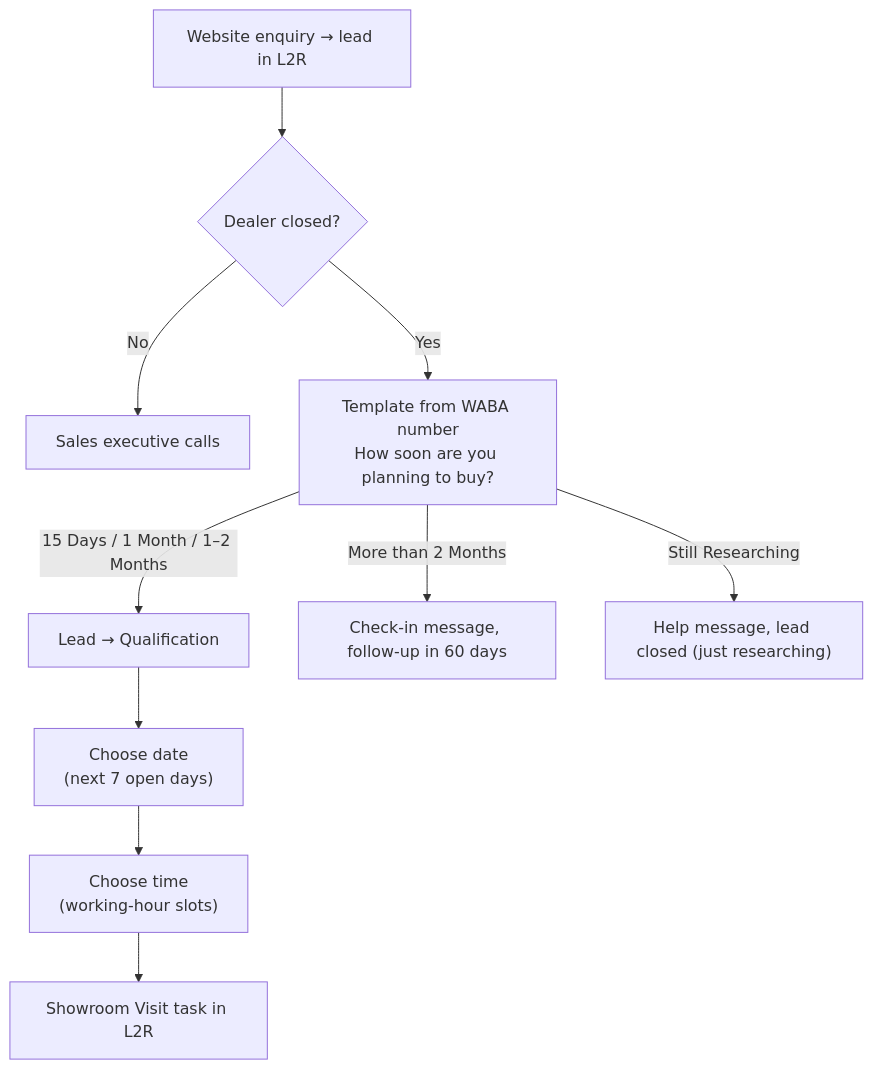
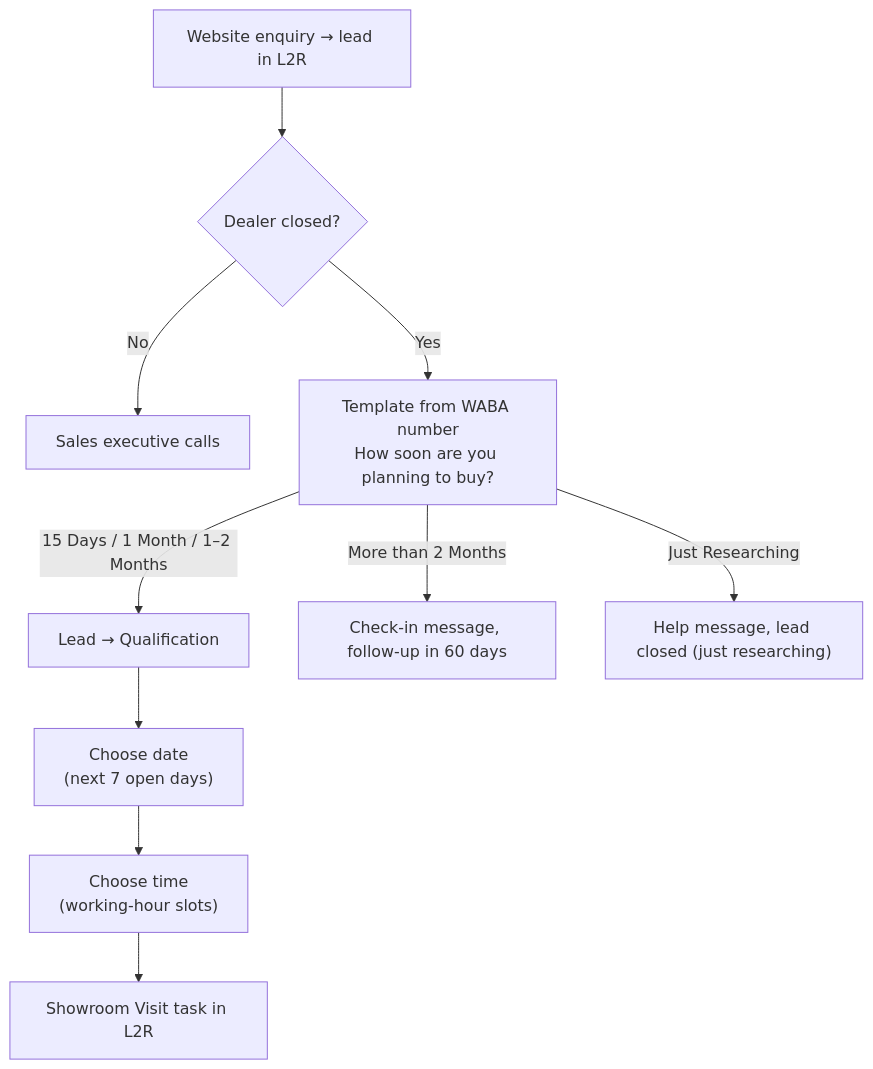
One commit to prakharagarwal2906-lab/nwh-whatsapp-lead-qualifier changed the diagram in README.md. Above: the diagram before and after it, drawn with Mermaid. The commit also changed other lines of this file and 6 other files, not shown here.

First line of the commit message:
Just Researching, closing message, closed status line

````diff
--- a/README.md
+++ b/README.md
@@ -107,9 +107,9 @@
 ```mermaid
 flowchart TD
   A["Website enquiry → lead in L2R"] --> B{"Dealer closed?"}
   B -- No --> Z["Sales executive calls"]
   B -- Yes --> C["Template from WABA number<br/>How soon are you planning to buy?"]
   C -- "15 Days / 1 Month / 1–2 Months" --> Q["Lead → Qualification"] --> D["Choose date<br/>(next 7 open days)"] --> T["Choose time<br/>(working-hour slots)"] --> V["Showroom Visit task in L2R"]
   C -- "More than 2 Months" --> N["Check-in message, follow-up in 60 days"]
-  C -- "Still Researching" --> R["Help message, lead closed (just researching)"]
+  C -- "Just Researching" --> R["Help message, lead closed (just researching)"]
 ```
````
